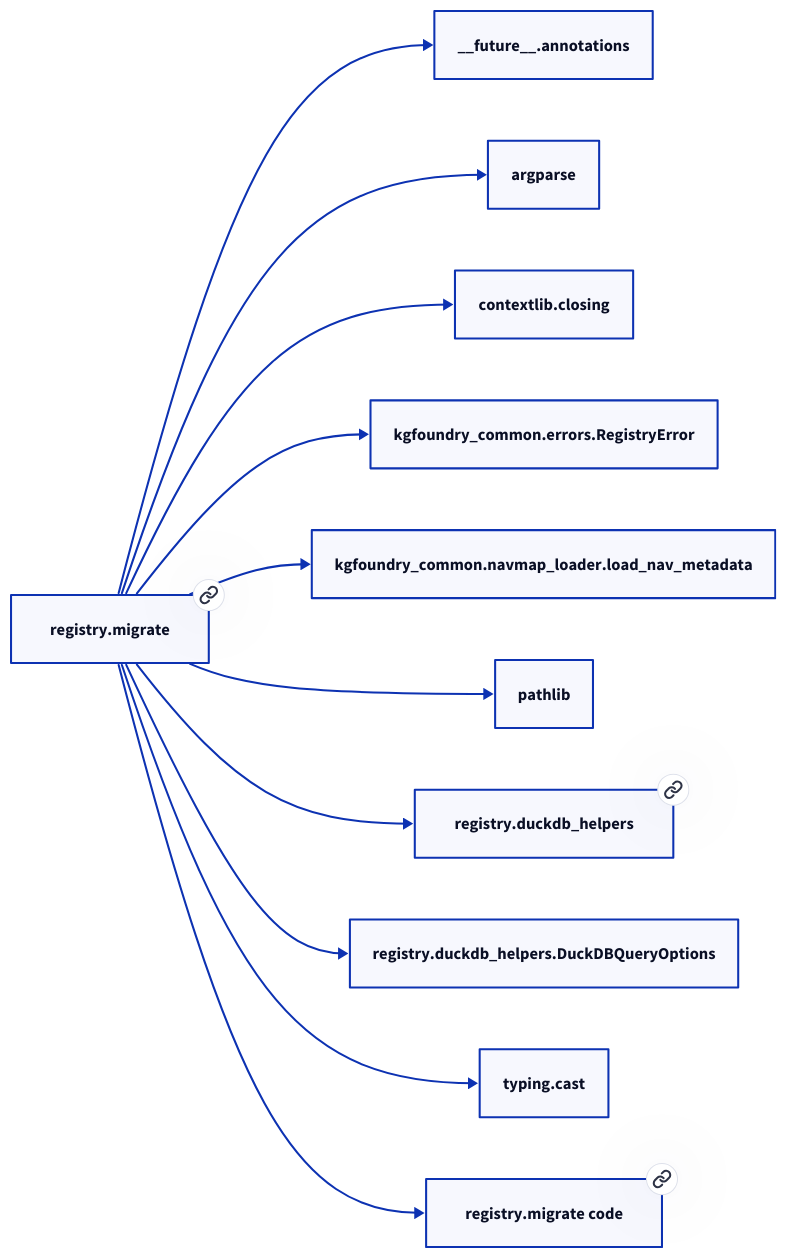
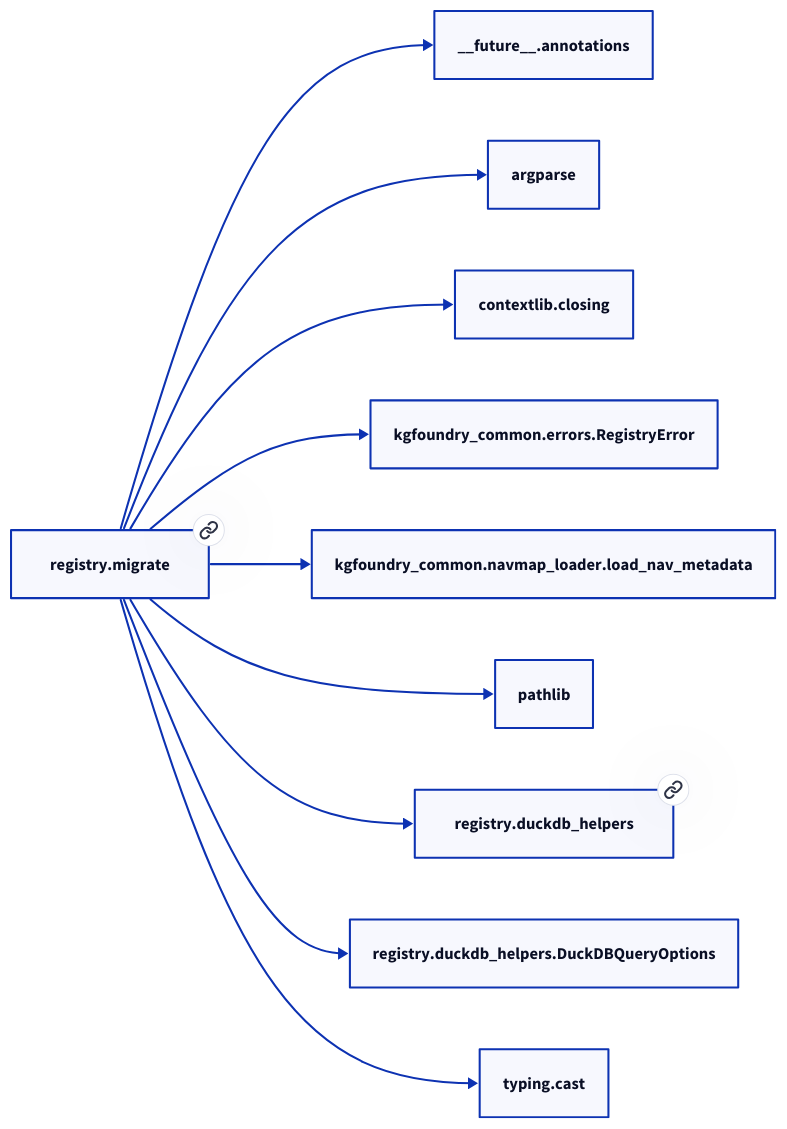
The diagram in docs/modules/registry/migrate.md (paul-heyse/kgforge), drawn with D2 before and after one commit. The commit also changed other lines of this file and 118 other files, not shown here.

````diff
--- a/docs/modules/registry/migrate.md
+++ b/docs/modules/registry/migrate.md
@@ -32,24 +30,22 @@
 ```d2
 direction: right
-"registry.migrate": "registry.migrate" { link: "./registry/migrate.md" }
+"registry.migrate": "registry.migrate" { link: "migrate.md" }
 "__future__.annotations": "__future__.annotations"
 "registry.migrate" -> "__future__.annotations"
 "argparse": "argparse"
 "registry.migrate" -> "argparse"
 "contextlib.closing": "contextlib.closing"
 "registry.migrate" -> "contextlib.closing"
 "kgfoundry_common.errors.RegistryError": "kgfoundry_common.errors.RegistryError"
 "registry.migrate" -> "kgfoundry_common.errors.RegistryError"
 "kgfoundry_common.navmap_loader.load_nav_metadata": "kgfoundry_common.navmap_loader.load_nav_metadata"
 "registry.migrate" -> "kgfoundry_common.navmap_loader.load_nav_metadata"
 "pathlib": "pathlib"
 "registry.migrate" -> "pathlib"
-"registry.duckdb_helpers": "registry.duckdb_helpers" { link: "./registry/duckdb_helpers.md" }
+"registry.duckdb_helpers": "registry.duckdb_helpers" { link: "duckdb_helpers.md" }
 "registry.migrate" -> "registry.duckdb_helpers"
 "registry.duckdb_helpers.DuckDBQueryOptions": "registry.duckdb_helpers.DuckDBQueryOptions"
 "registry.migrate" -> "registry.duckdb_helpers.DuckDBQueryOptions"
 "typing.cast": "typing.cast"
 "registry.migrate" -> "typing.cast"
-"registry.migrate_code": "registry.migrate code" { link: "https://github.com/kgfoundry/kgfoundry/blob/main/src/registry/migrate.py" }
-"registry.migrate" -> "registry.migrate_code" { style: dashed }
 ```
````
